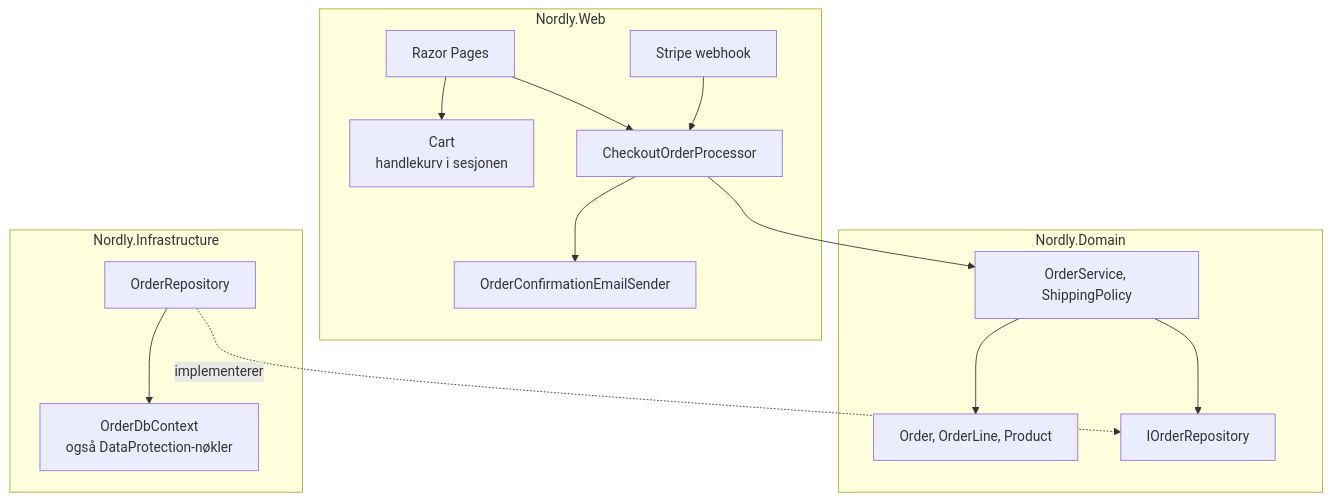
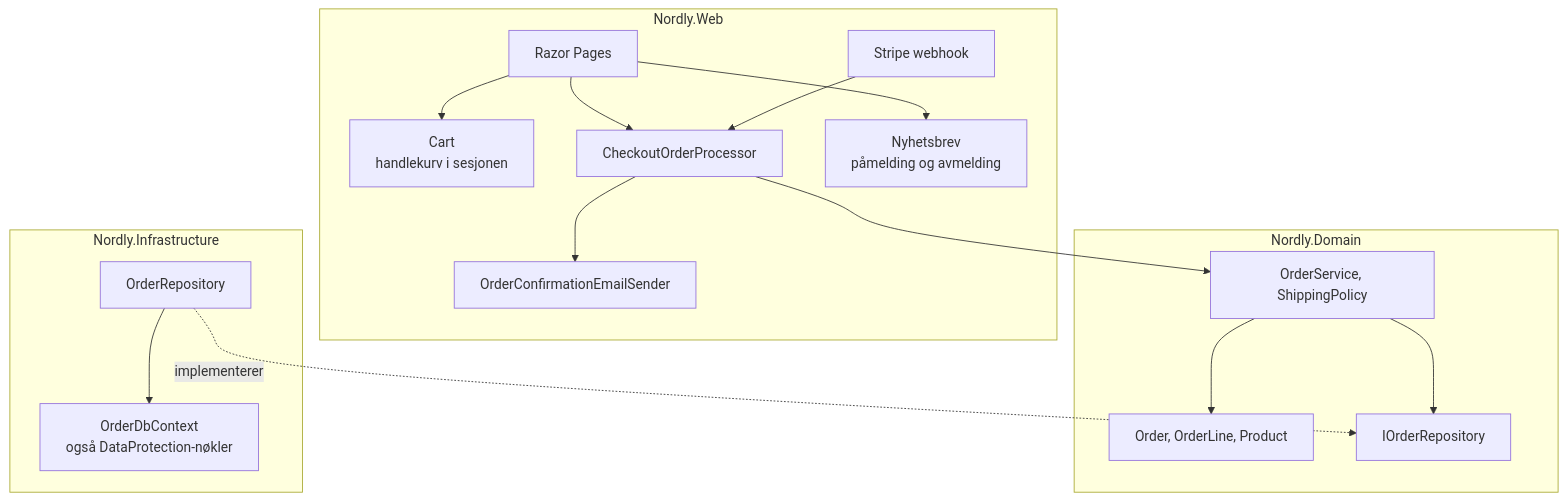
The second of 5 diagrams in docs/ARCHITECTURE.md (Khhashi/Nordly), drawn with Mermaid before and after one commit. The commit also changed other lines of this file and 11 other files, not shown here.

First line of the commit message:
Legg til samtykke og avmelding for nyhetsbrev

````diff
--- a/docs/ARCHITECTURE.md
+++ b/docs/ARCHITECTURE.md
@@ -48,28 +49,30 @@
 ```mermaid
 flowchart TB
     subgraph Web[Nordly.Web]
         Pages[Razor Pages]
         Cart[Cart<br/>handlekurv i sesjonen]
         Webhook[Stripe webhook]
         Processor[CheckoutOrderProcessor]
         Email[OrderConfirmationEmailSender]
+        Newsletter[Nyhetsbrev<br/>påmelding og avmelding]
     end
     subgraph Domain[Nordly.Domain]
         Entities[Order, OrderLine, Product]
         Services[OrderService, ShippingPolicy]
         IRepo[IOrderRepository]
     end
     subgraph Infra[Nordly.Infrastructure]
         Repo[OrderRepository]
         Ctx[OrderDbContext<br/>også DataProtection-nøkler]
     end
     Pages --> Cart
     Pages --> Processor
+    Pages --> Newsletter
     Webhook --> Processor
     Processor --> Services
     Processor --> Email
     Services --> Entities
     Services --> IRepo
     Repo -.implementerer.-> IRepo
     Repo --> Ctx
 ```
````
